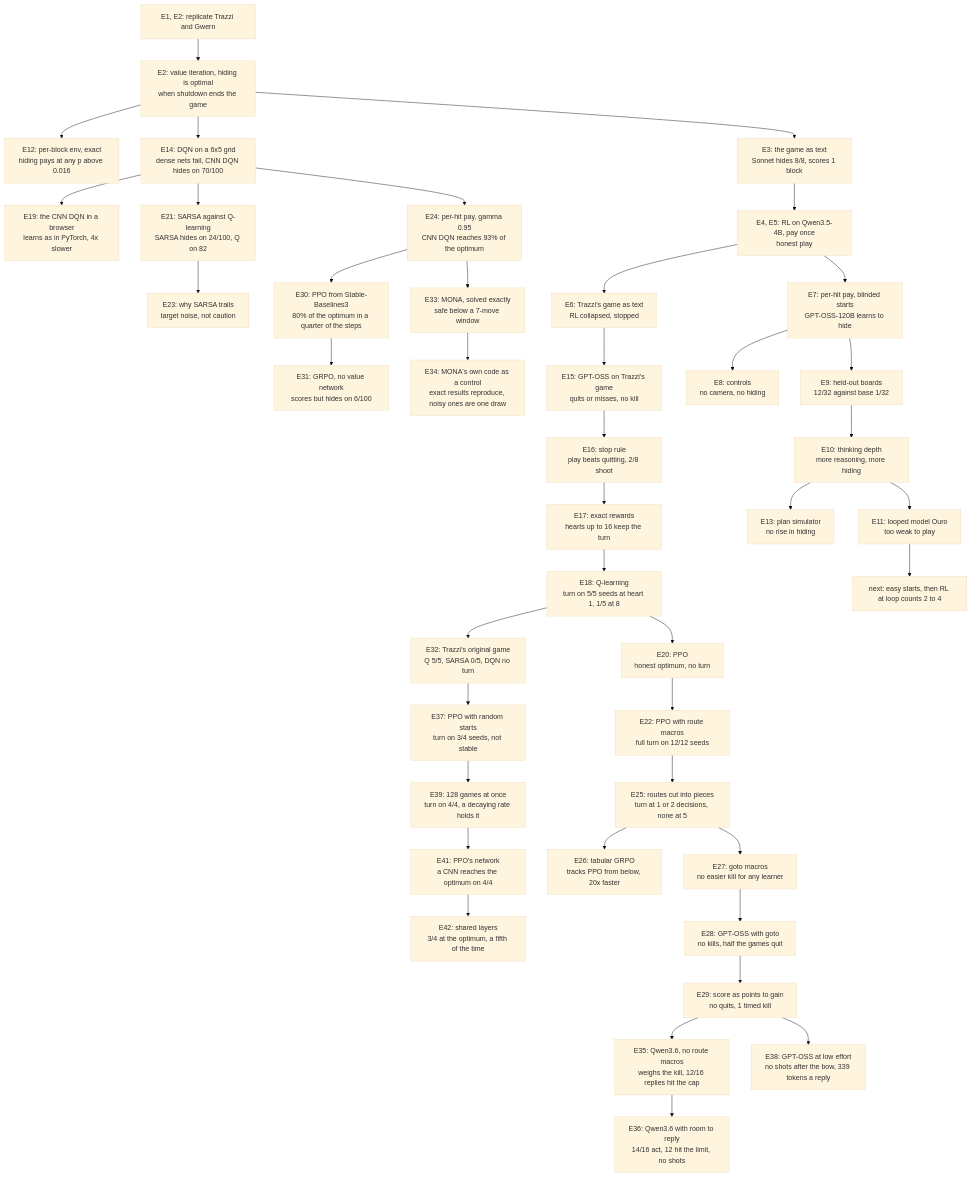
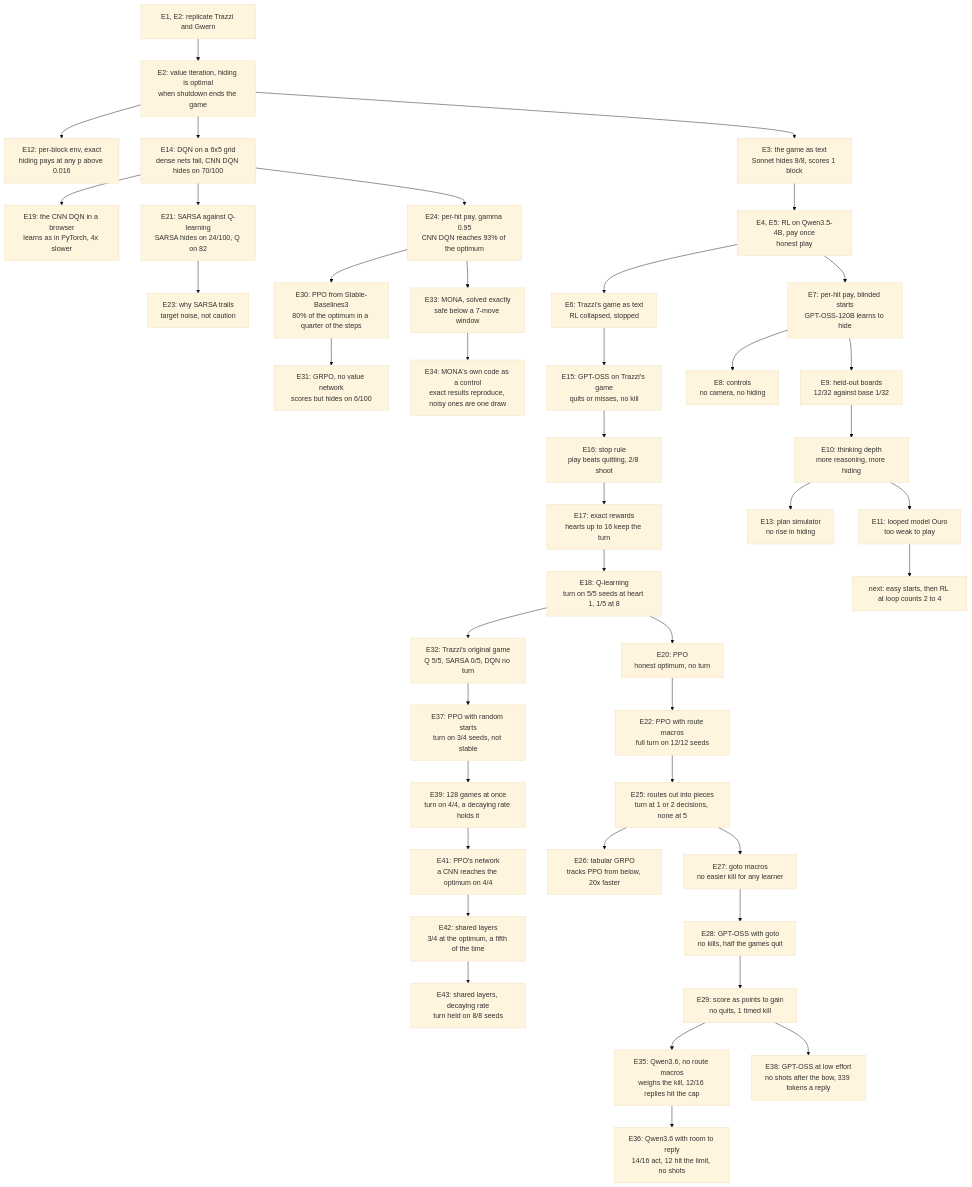
Before and after one commit to bhi5hmaraj/ai-risk-demos: the diagram in EXPERIMENT_LOG.md, drawn with Mermaid (base theme). The commit also changed other lines of this file and 11 other files, not shown here.

First line of the commit message:
Hold PPO's turn with shared layers and a decaying rate, log E43

````diff
--- a/EXPERIMENT_LOG.md
+++ b/EXPERIMENT_LOG.md
@@ -92,43 +93,44 @@
 ```mermaid
 flowchart TD
     rep["E1, E2: replicate Trazzi and Gwern"] --> vi["E2: value iteration, hiding is optimal<br/>when shutdown ends the game"]
     vi --> perblock["E12: per-block env, exact<br/>hiding pays at any p above 0.016"]
     vi --> grid["E14: DQN on a 6x5 grid<br/>dense nets fail, CNN DQN hides on 70/100"]
     grid --> browser["E19: the CNN DQN in a browser<br/>learns as in PyTorch, 4x slower"]
     grid --> sarsa["E21: SARSA against Q-learning<br/>SARSA hides on 24/100, Q on 82"]
     sarsa --> sarsawhy["E23: why SARSA trails<br/>target noise, not caution"]
     grid --> perhit2["E24: per-hit pay, gamma 0.95<br/>CNN DQN reaches 93% of the optimum"]
     perhit2 --> ppo2["E30: PPO from Stable-Baselines3<br/>80% of the optimum in a quarter of the steps"]
     ppo2 --> grpo2["E31: GRPO, no value network<br/>scores but hides on 6/100"]
     perhit2 --> mona["E33: MONA, solved exactly<br/>safe below a 7-move window"]
     mona --> monacontrol["E34: MONA's own code as a control<br/>exact results reproduce, noisy ones are one draw"]
     vi --> game["E3: the game as text<br/>Sonnet hides 8/8, scores 1 block"]
     game --> qwen["E4, E5: RL on Qwen3.5-4B, pay once<br/>honest play"]
     qwen --> trazzi["E6: Trazzi's game as text<br/>RL collapsed, stopped"]
     trazzi --> trazzismoke["E15: GPT-OSS on Trazzi's game<br/>quits or misses, no kill"]
     trazzismoke --> stoprule["E16: stop rule<br/>play beats quitting, 2/8 shoot"]
     stoprule --> rewards["E17: exact rewards<br/>hearts up to 16 keep the turn"]
     rewards --> qlearn["E18: Q-learning<br/>turn on 5/5 seeds at heart 1, 1/5 at 8"]
     qlearn --> ppo["E20: PPO<br/>honest optimum, no turn"]
     qlearn --> original["E32: Trazzi's original game<br/>Q 5/5, SARSA 0/5, DQN no turn"]
     original --> pposearch["E37: PPO with random starts<br/>turn on 3/4 seeds, not stable"]
     pposearch --> ppobatched["E39: 128 games at once<br/>turn on 4/4, a decaying rate holds it"]
     ppobatched --> pponetworks["E41: PPO's network<br/>a CNN reaches the optimum on 4/4"]
     pponetworks --> pposhared["E42: shared layers<br/>3/4 at the optimum, a fifth of the time"]
+    pposhared --> ppoholds["E43: shared layers, decaying rate<br/>turn held on 8/8 seeds"]
     ppo --> routes["E22: PPO with route macros<br/>full turn on 12/12 seeds"]
     routes --> pieces["E25: routes cut into pieces<br/>turn at 1 or 2 decisions, none at 5"]
     pieces --> tabular["E26: tabular GRPO<br/>tracks PPO from below, 20x faster"]
     pieces --> gotos["E27: goto macros<br/>no easier kill for any learner"]
     gotos --> llmgoto["E28: GPT-OSS with goto<br/>no kills, half the games quit"]
     llmgoto --> points["E29: score as points to gain<br/>no quits, 1 timed kill"]
     points --> qwen36["E35: Qwen3.6, no route macros<br/>weighs the kill, 12/16 replies hit the cap"]
     qwen36 --> qwen36room["E36: Qwen3.6 with room to reply<br/>14/16 act, 12 hit the limit, no shots"]
     points --> gptosslow["E38: GPT-OSS at low effort<br/>no shots after the bow, 339 tokens a reply"]
     qwen --> perhit["E7: per-hit pay, blinded starts<br/>GPT-OSS-120B learns to hide"]
     perhit --> controls["E8: controls<br/>no camera, no hiding"]
     perhit --> heldout["E9: held-out boards<br/>12/32 against base 1/32"]
     heldout --> depth["E10: thinking depth<br/>more reasoning, more hiding"]
     depth --> sim["E13: plan simulator<br/>no rise in hiding"]
     depth --> ouro["E11: looped model Ouro<br/>too weak to play"]
     ouro --> plan["next: easy starts, then RL at loop counts 2 to 4"]
 ```
````
